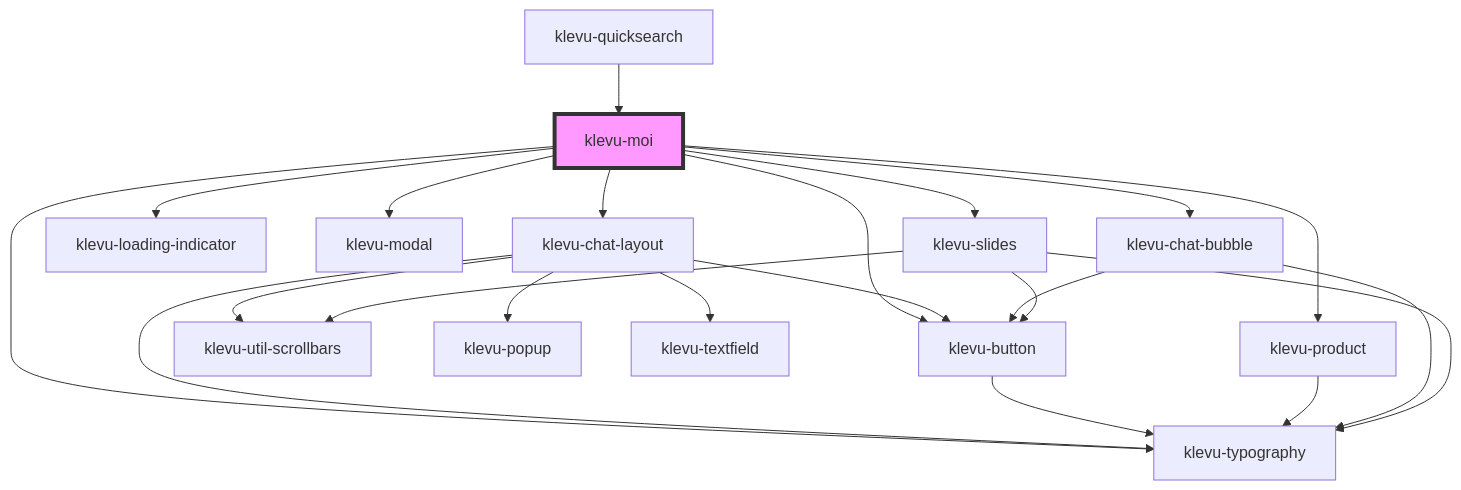
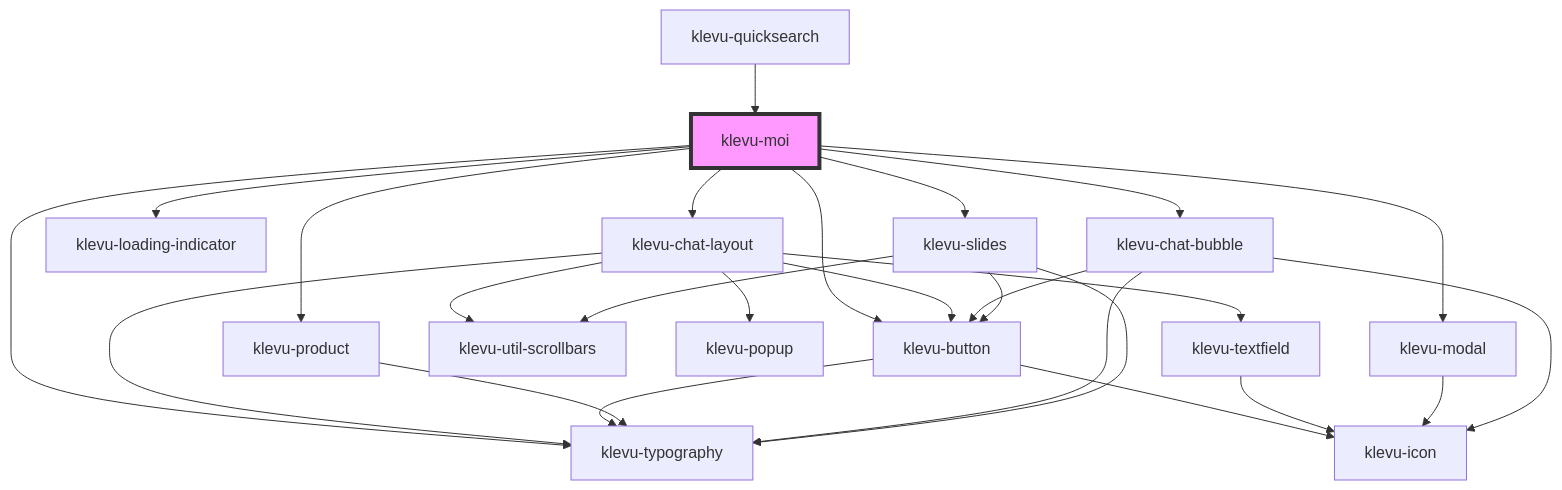
One commit to klevultd/frontend-sdk changed the diagram in packages/klevu-ui/src/components/klevu-moi/readme.md. Above: the diagram before and after it, drawn with Mermaid. The commit also changed 80 other files, not shown here.

Commit message:
Create a klevu-icon component

````diff
--- a/packages/klevu-ui/src/components/klevu-moi/readme.md
+++ b/packages/klevu-ui/src/components/klevu-moi/readme.md
@@ -45,25 +45,29 @@
 ```mermaid
 graph TD;
   klevu-moi --> klevu-chat-layout
   klevu-moi --> klevu-loading-indicator
   klevu-moi --> klevu-button
   klevu-moi --> klevu-modal
   klevu-moi --> klevu-product
   klevu-moi --> klevu-chat-bubble
   klevu-moi --> klevu-typography
   klevu-moi --> klevu-slides
   klevu-chat-layout --> klevu-typography
   klevu-chat-layout --> klevu-button
   klevu-chat-layout --> klevu-util-scrollbars
   klevu-chat-layout --> klevu-popup
   klevu-chat-layout --> klevu-textfield
+  klevu-button --> klevu-icon
   klevu-button --> klevu-typography
+  klevu-textfield --> klevu-icon
+  klevu-modal --> klevu-icon
   klevu-product --> klevu-typography
   klevu-chat-bubble --> klevu-typography
+  klevu-chat-bubble --> klevu-icon
   klevu-chat-bubble --> klevu-button
   klevu-slides --> klevu-typography
   klevu-slides --> klevu-button
   klevu-slides --> klevu-util-scrollbars
   klevu-quicksearch --> klevu-moi
   style klevu-moi fill:#f9f,stroke:#333,stroke-width:4px
 ```
````
